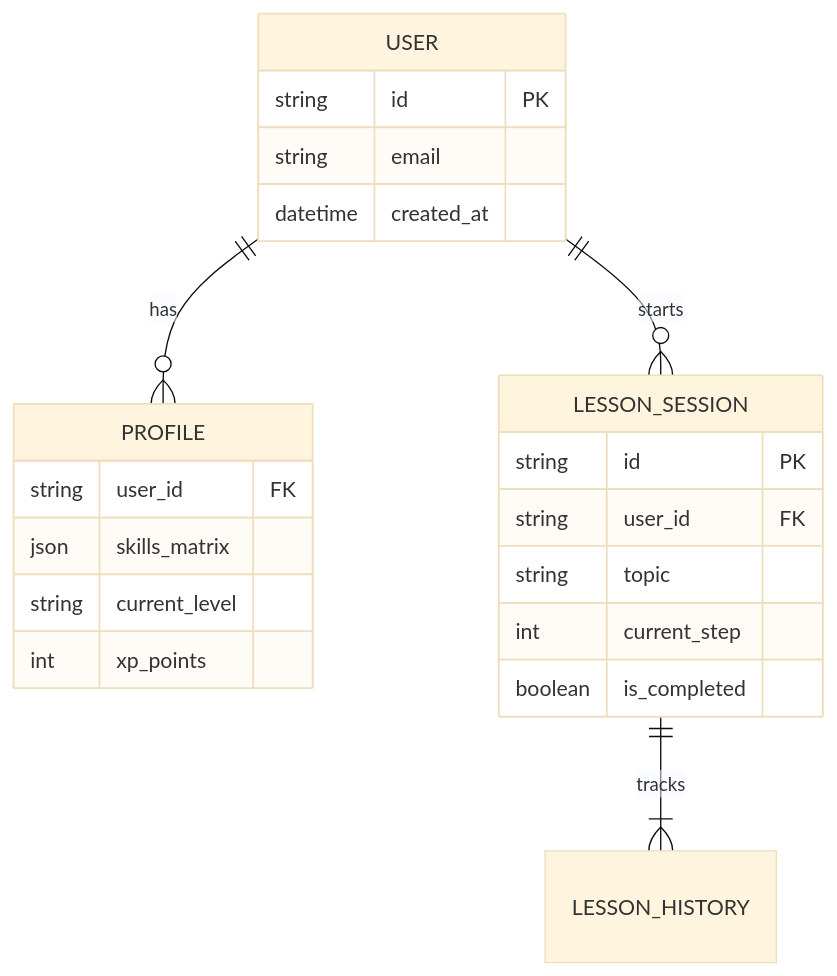
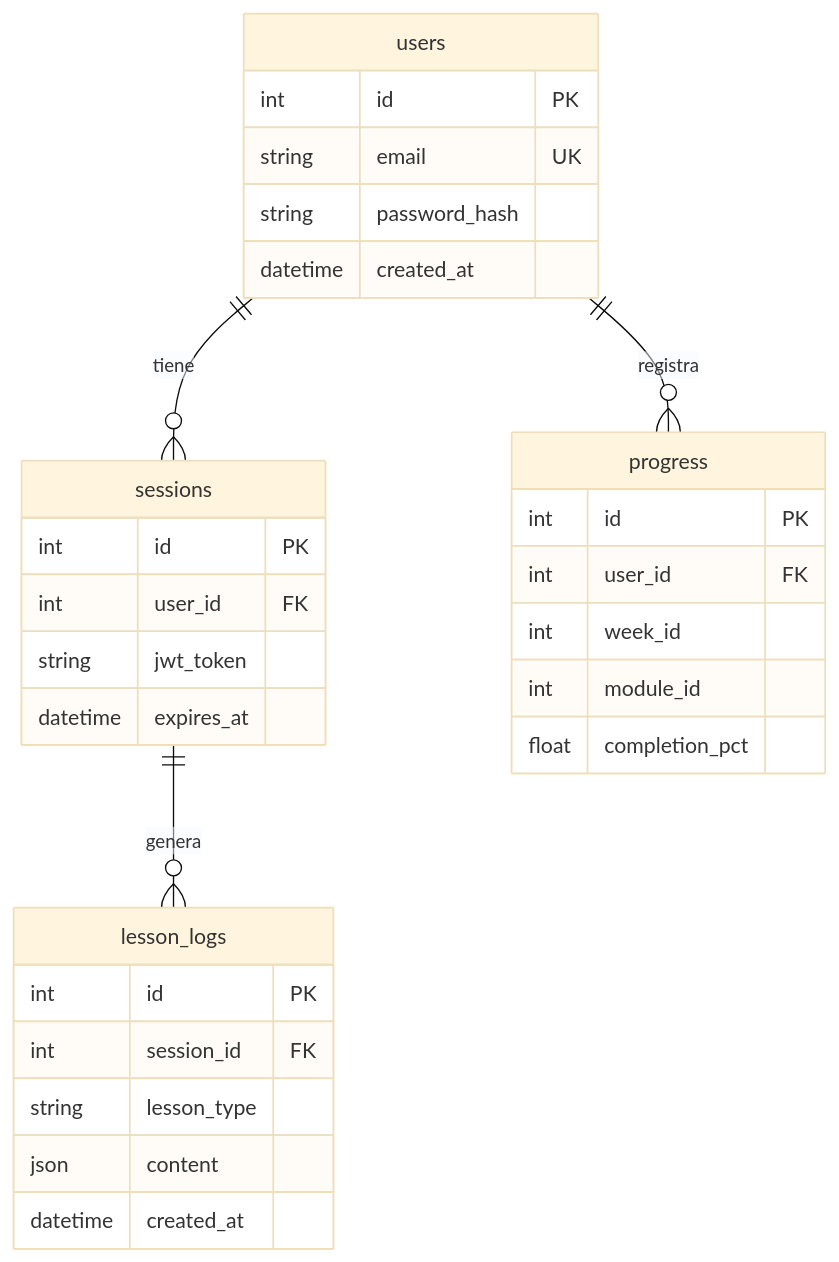
One commit to JantonioFC/aicodementorbetatestGAMMA changed the third of 5 diagrams in docs/ARCHITECTURE_DIAGRAMS.md. Above: the diagram before and after it, drawn with Mermaid (base theme). The commit also changed other lines of this file and 5 other files, not shown here.

Commit message:
feat(round9): Workflow Skills - Architecture Diagrams, Issue Templates, Feature Checklist, AI Protocol, Validation Script

````diff
--- a/docs/ARCHITECTURE_DIAGRAMS.md
+++ b/docs/ARCHITECTURE_DIAGRAMS.md
@@ -64,27 +64,36 @@
 ```mermaid
 erDiagram
-    USER ||--o{ PROFILE : has
-    USER ||--o{ LESSON_SESSION : "starts"
-    LESSON_SESSION ||--|{ LESSON_HISTORY : "tracks"
+    users ||--o{ sessions : "tiene"
+    users ||--o{ progress : "registra"
+    sessions ||--o{ lesson_logs : "genera"
     
-    USER {
-        string id PK
-        string email
+    users {
+        int id PK
+        string email UK
+        string password_hash
         datetime created_at
     }
     
-    PROFILE {
-        string user_id FK
-        json skills_matrix
-        string current_level
-        int xp_points
+    sessions {
+        int id PK
+        int user_id FK
+        string jwt_token
+        datetime expires_at
     }
     
-    LESSON_SESSION {
-        string id PK
-        string user_id FK
-        string topic
-        int current_step
-        boolean is_completed
+    progress {
+        int id PK
+        int user_id FK
+        int week_id
+        int module_id
+        float completion_pct
+    }
+    
+    lesson_logs {
+        int id PK
+        int session_id FK
+        string lesson_type
+        json content
+        datetime created_at
     }
 ```
````
